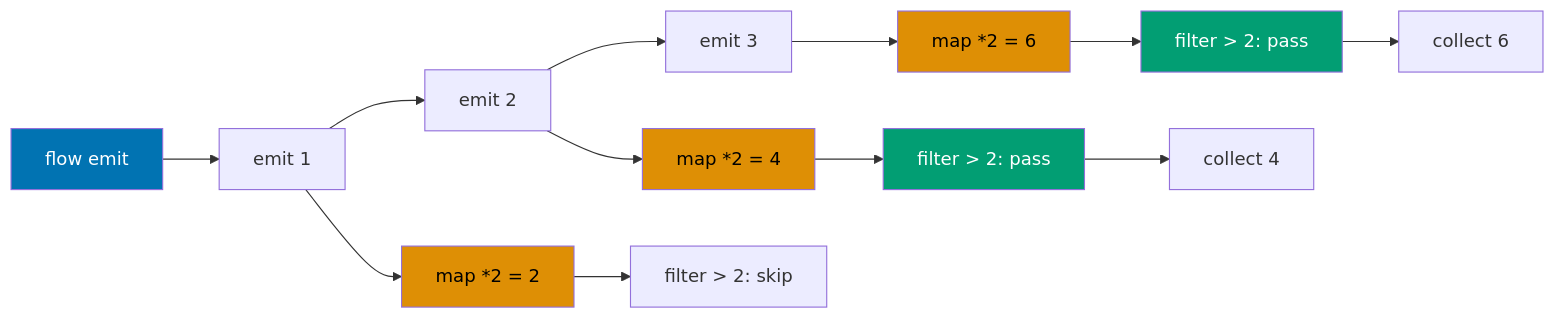
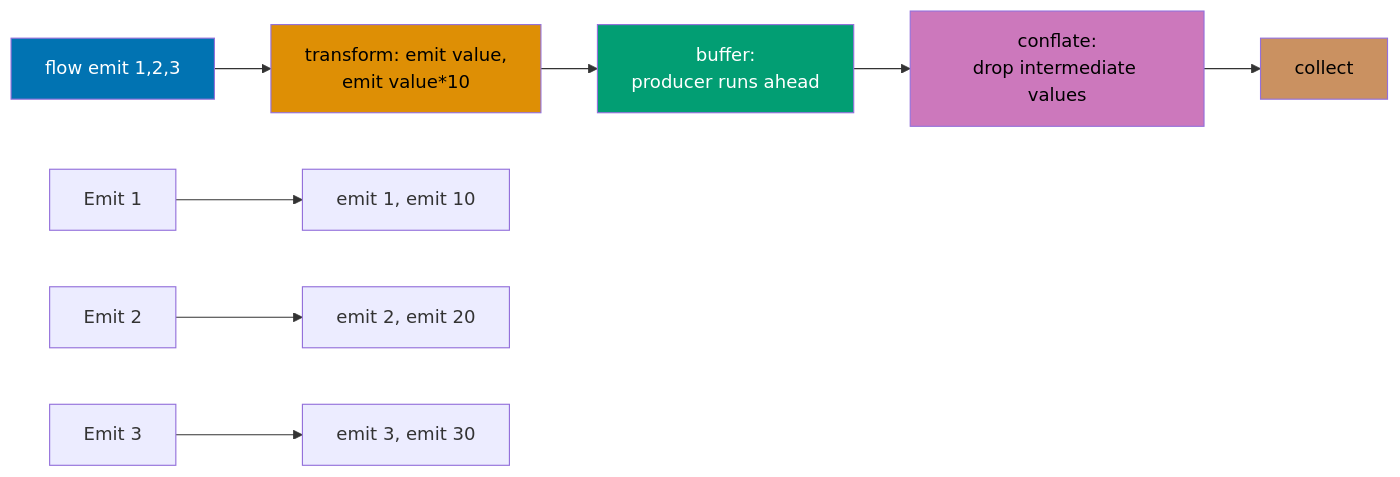
Before and after one commit to wahidyankf/open-sharia-enterprise: the fourth of 5 diagrams in apps/ayokoding-web/content/en/learn/software-engineering/programming-languages/kotlin/tutorials/by-example/intermediate.md, drawn with Mermaid. The commit also changed other lines of this file and 6 other files, not shown here.

````diff
--- a/apps/ayokoding-web/content/en/learn/software-engineering/programming-languages/kotlin/tutorials/by-example/intermediate.md
+++ b/apps/ayokoding-web/content/en/learn/software-engineering/programming-languages/kotlin/tutorials/by-example/intermediate.md
@@ -253,25 +386,18 @@
 ```mermaid
-%% Flow pipeline showing emission, transformation, and collection
+%% Flow operators pipeline showing transformation stages
 graph LR
-    Source[flow emit] --> Emit1[emit 1]
-    Emit1 --> Emit2[emit 2]
-    Emit2 --> Emit3[emit 3]
+    Source[flow emit 1,2,3] --> Transform[transform: emit value,<br/>emit value*10]
+    Transform --> Buffer[buffer:<br/>producer runs ahead]
+    Buffer --> Conflate[conflate:<br/>drop intermediate values]
+    Conflate --> Collect[collect]
 
-    Emit1 --> Map1[map *2 = 2]
-    Emit2 --> Map2[map *2 = 4]
-    Emit3 --> Map3[map *2 = 6]
-
-    Map1 --> Filter1[filter > 2: skip]
-    Map2 --> Filter2[filter > 2: pass]
-    Map3 --> Filter3[filter > 2: pass]
-
-    Filter2 --> Collect1[collect 4]
-    Filter3 --> Collect2[collect 6]
+    Source2[Emit 1] --> Trans1[emit 1, emit 10]
+    Source3[Emit 2] --> Trans2[emit 2, emit 20]
+    Source4[Emit 3] --> Trans3[emit 3, emit 30]
 
     style Source fill:#0173B2,color:#fff
-    style Map1 fill:#DE8F05,color:#000
-    style Map2 fill:#DE8F05,color:#000
-    style Map3 fill:#DE8F05,color:#000
-    style Filter2 fill:#029E73,color:#fff
-    style Filter3 fill:#029E73,color:#fff
+    style Transform fill:#DE8F05,color:#000
+    style Buffer fill:#029E73,color:#fff
+    style Conflate fill:#CC78BC,color:#000
+    style Collect fill:#CA9161,color:#000
 ```
````
